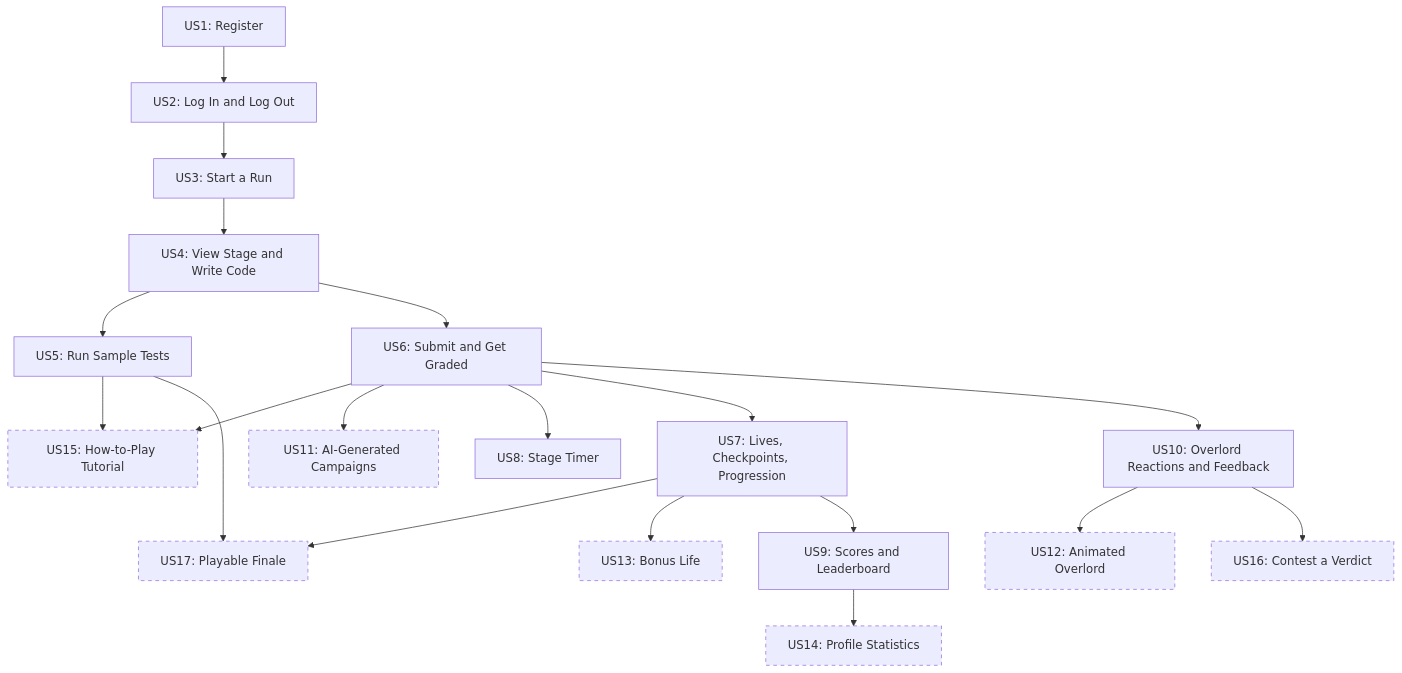
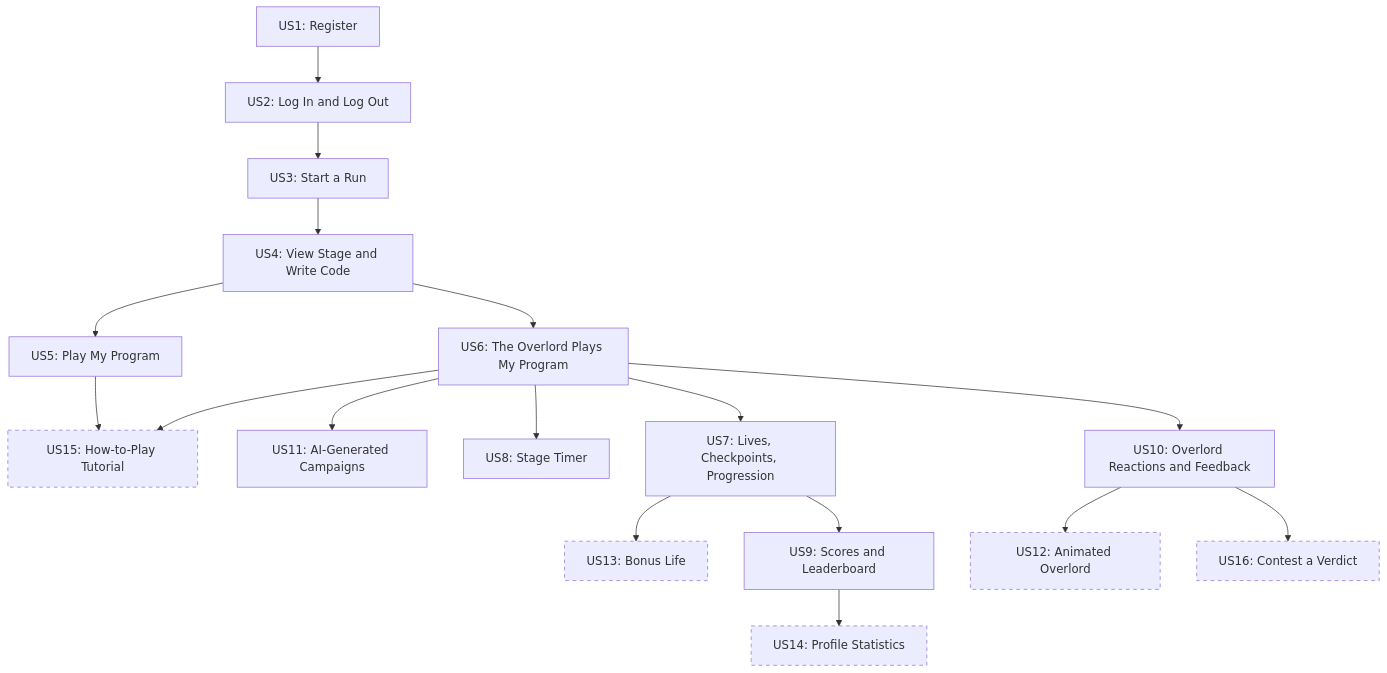
The diagram in docs/roadmap.md (msu-denver/rokos-tasks), drawn with Mermaid before and after one commit. The commit also changed other lines of this file and 5 other files, not shown here.

Commit message:
docs: grade stages by the Overlord playing the program; make US11 required (#13)

````diff
--- a/docs/roadmap.md
+++ b/docs/roadmap.md
@@ -473,26 +472,24 @@
 ```mermaid
 flowchart TD
     US1["US1: Register"] --> US2["US2: Log In and Log Out"]
     US2 --> US3["US3: Start a Run"]
     US3 --> US4["US4: View Stage and Write Code"]
-    US4 --> US5["US5: Run Sample Tests"]
-    US4 --> US6["US6: Submit and Get Graded"]
+    US4 --> US5["US5: Play My Program"]
+    US4 --> US6["US6: The Overlord Plays My Program"]
 
     US5 --> US15["US15: How-to-Play Tutorial"]
     US6 --> US15
     US6 --> US11["US11: AI-Generated Campaigns"]
     US6 --> US8["US8: Stage Timer"]
     US6 --> US7["US7: Lives, Checkpoints, Progression"]
     US6 --> US10["US10: Overlord Reactions and Feedback"]
 
-    US5 --> US17["US17: Playable Finale"]
-    US7 --> US17
     US7 --> US13["US13: Bonus Life"]
     US7 --> US9["US9: Scores and Leaderboard"]
     US9 --> US14["US14: Profile Statistics"]
     US10 --> US12["US12: Animated Overlord"]
     US10 --> US16["US16: Contest a Verdict"]
 
     classDef optional stroke-dasharray: 5 5
-    class US11,US12,US13,US14,US15,US16,US17 optional
+    class US12,US13,US14,US15,US16 optional
 ```
````
